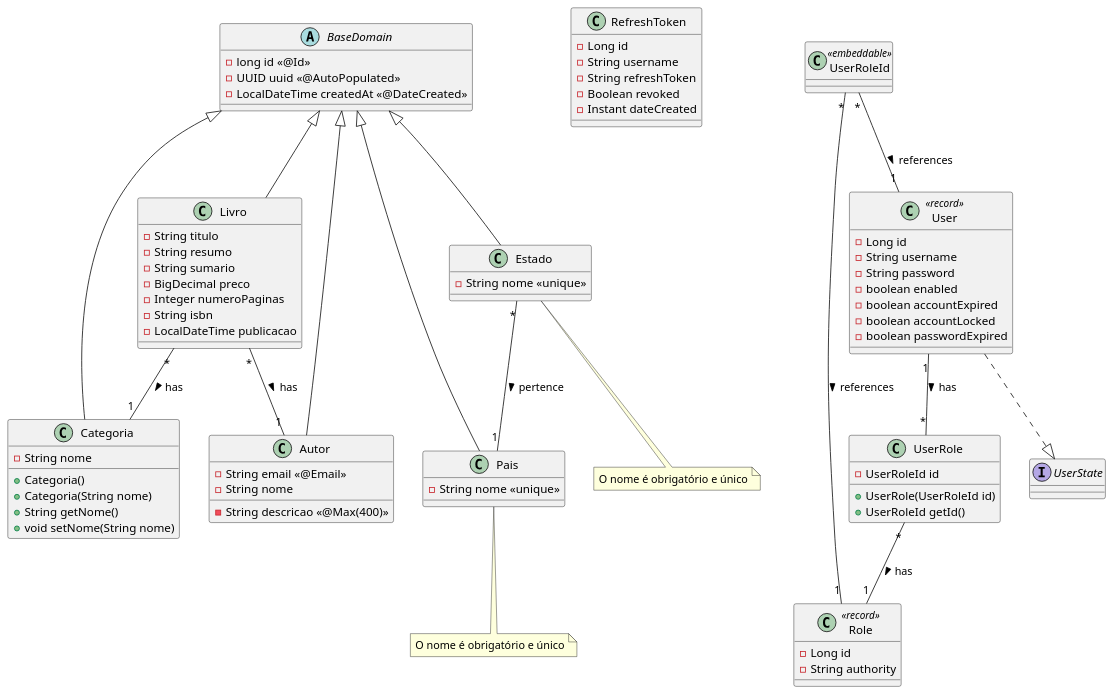
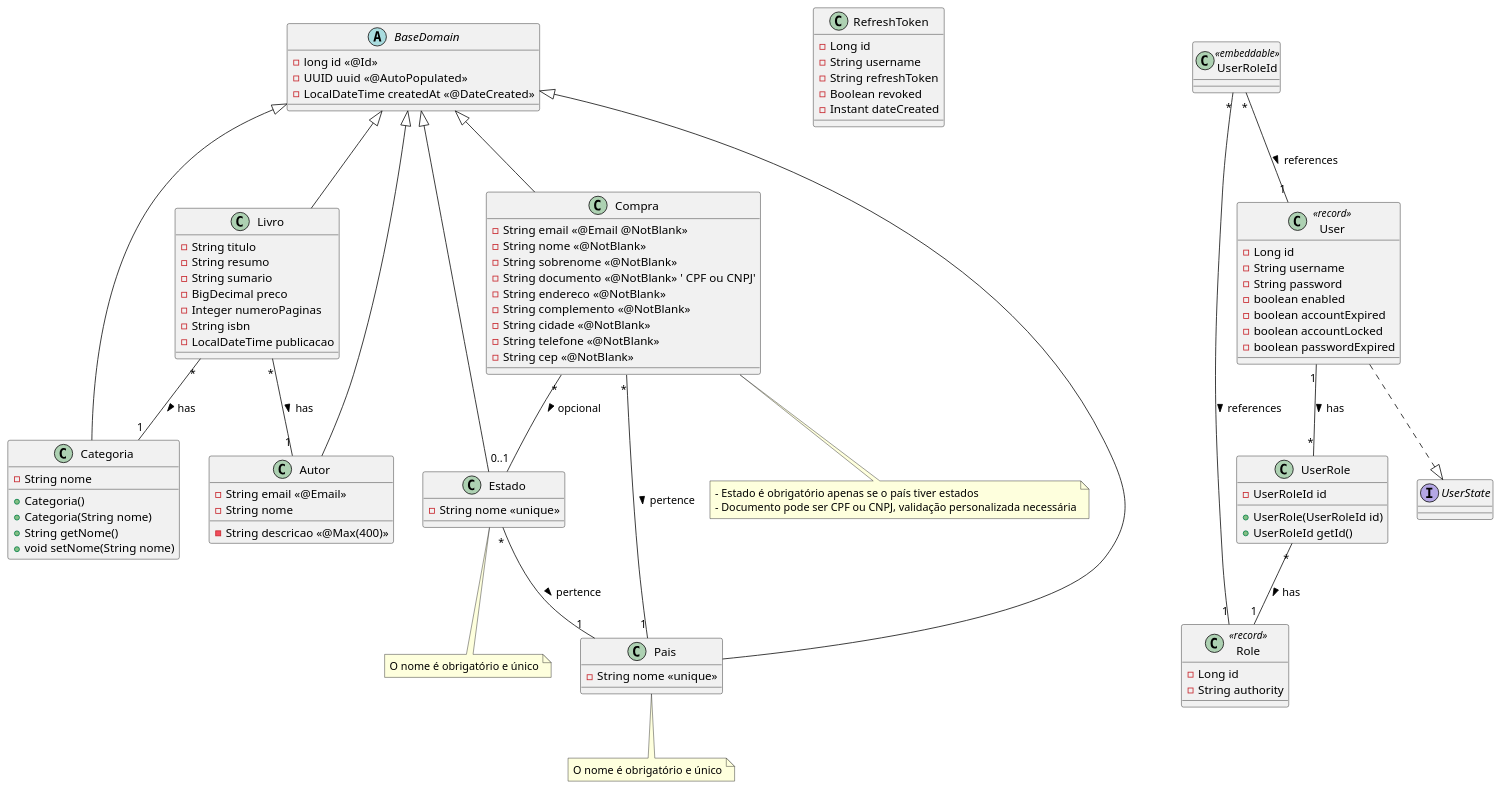
Before and after one commit to fabio21777/seed-desafio-cdc: the diagram in loja_livros_virtual/arquitetura/classe.PlantUML, drawn with PlantUML. The commit also changed 1 other file, not shown here.

Commit message:
uml e md

```diff
--- a/loja_livros_virtual/arquitetura/classe.PlantUML
+++ b/loja_livros_virtual/arquitetura/classe.PlantUML
@@ -1,99 +1,121 @@
 @startuml
 
 ' Base class
 abstract class BaseDomain {
   -long id <<@Id>>
   -UUID uuid <<@AutoPopulated>>
   -LocalDateTime createdAt <<@DateCreated>>
 }
 
 ' Main entities
 class Livro {
   -String titulo
   -String resumo
   -String sumario
   -BigDecimal preco
   -Integer numeroPaginas
   -String isbn
   -LocalDateTime publicacao
 }
 
 class Categoria {
   -String nome
   +Categoria()
   +Categoria(String nome)
   +String getNome()
   +void setNome(String nome)
 }
 
 class Autor {
   -String email <<@Email>>
   -String nome
   -String descricao <<@Max(400)>>
 }
 
 ' Country and State entities
 class Pais {
   -String nome <<unique>>
 }
 note bottom of Pais: O nome é obrigatório e único
 
 class Estado {
   -String nome <<unique>>
 }
 note bottom of Estado: O nome é obrigatório e único
 
+' Compra entity
+class Compra {
+  -String email <<@Email @NotBlank>>
+  -String nome <<@NotBlank>>
+  -String sobrenome <<@NotBlank>>
+  -String documento <<@NotBlank>> ' CPF ou CNPJ'
+  -String endereco <<@NotBlank>>
+  -String complemento <<@NotBlank>>
+  -String cidade <<@NotBlank>>
+  -String telefone <<@NotBlank>>
+  -String cep <<@NotBlank>>
+}
+
+note bottom of Compra
+  - Estado é obrigatório apenas se o país tiver estados
+  - Documento pode ser CPF ou CNPJ, validação personalizada necessária
+end note
+
+' Refresh/Auth/User entities
 class RefreshToken {
   -Long id
   -String username
   -String refreshToken
   -Boolean revoked
   -Instant dateCreated
 }
 
 class Role <<record>> {
   -Long id
   -String authority
 }
 
 class User <<record>> {
   -Long id
   -String username
   -String password
   -boolean enabled
   -boolean accountExpired
   -boolean accountLocked
   -boolean passwordExpired
 }
 
 class UserRole {
   -UserRoleId id
   +UserRole(UserRoleId id)
   +UserRoleId getId()
 }
 
 class UserRoleId <<embeddable>> {
 }
 
 ' Interfaces
 interface UserState {
 }
 
 ' Inheritance relationships
 BaseDomain <|-- Livro
 BaseDomain <|-- Categoria
 BaseDomain <|-- Autor
 BaseDomain <|-- Pais
 BaseDomain <|-- Estado
+BaseDomain <|-- Compra
 User ..|> UserState
 
 ' Entity relationships
 Livro "*" -- "1" Categoria : has >
 Livro "*" -- "1" Autor : has >
 User "1" -- "*" UserRole : has >
 UserRole "*" -- "1" Role : has >
 UserRoleId "*" -- "1" User : references >
 UserRoleId "*" -- "1" Role : references >
 Estado "*" -- "1" Pais : pertence >
+Compra "*" -- "1" Pais : pertence >
+Compra "*" -- "0..1" Estado : opcional >
 
 @enduml
```
